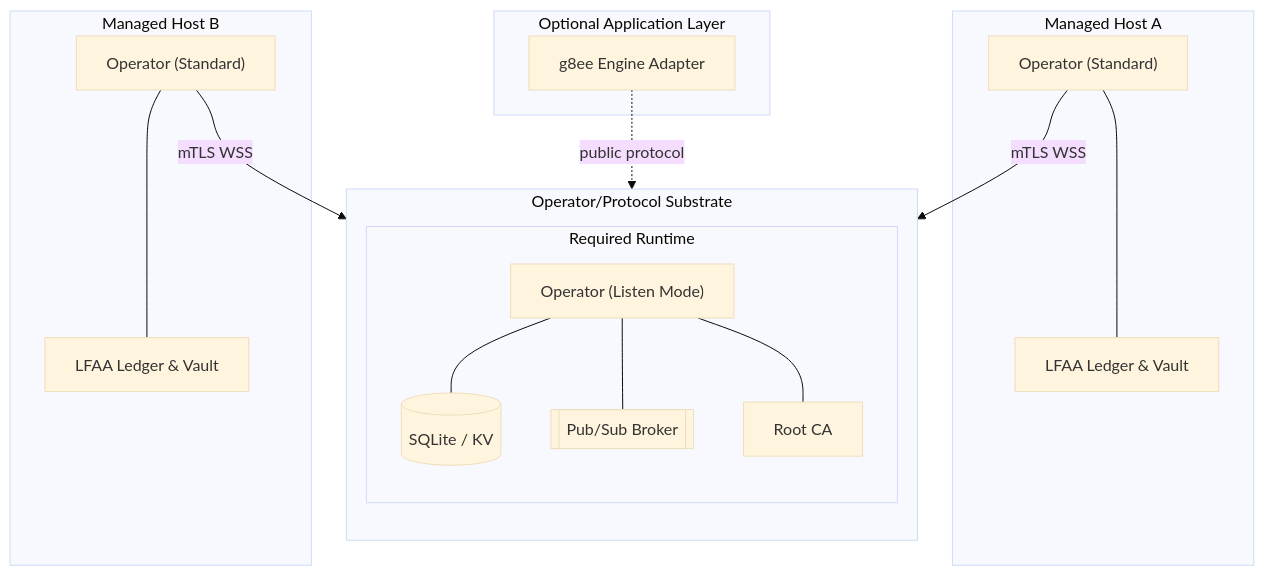
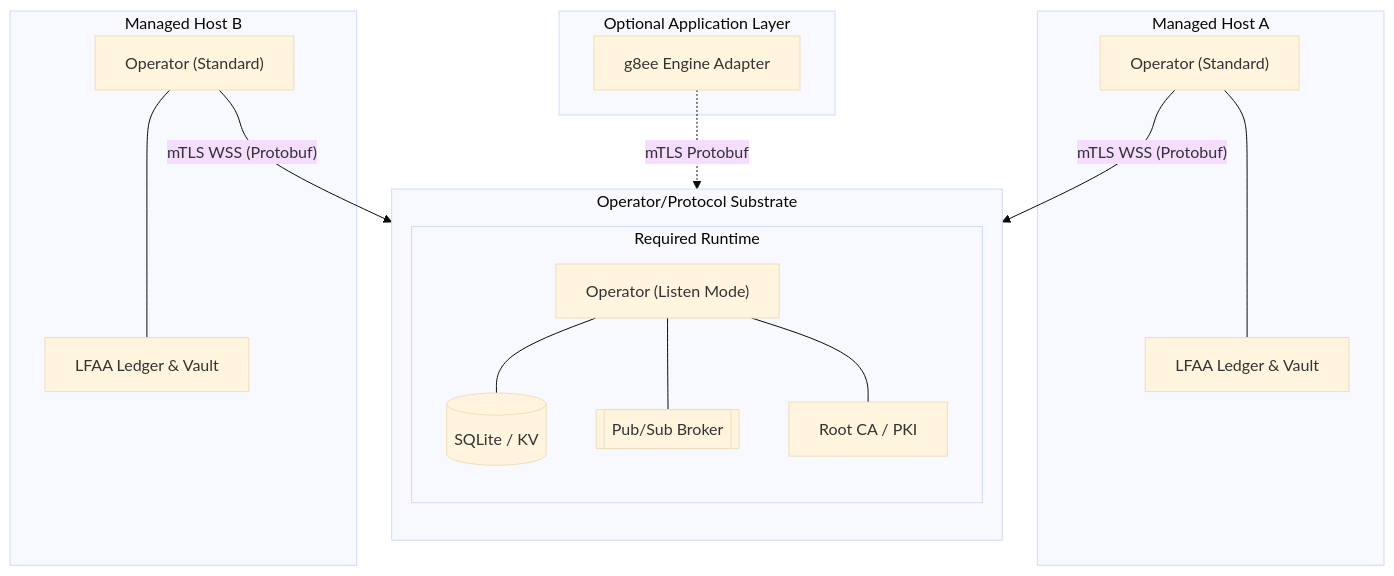
Before and after one commit to g8e-ai/g8e: the diagram in docs/architecture/operator.md, drawn with Mermaid (base theme). The commit also changed other lines of this file and 36 other files, not shown here.

````diff
--- a/docs/architecture/operator.md
+++ b/docs/architecture/operator.md
@@ -28,33 +29,33 @@
 ```mermaid
 flowchart TD
     subgraph Hub ["Operator/Protocol Substrate"]
         direction TB
         subgraph Persistence ["Required Runtime"]
             listen["Operator (Listen Mode)"]
             db[("SQLite / KV")]
             ps[["Pub/Sub Broker"]]
-            ca["Root CA"]
+            ca["Root CA / PKI"]
             
             listen --- db
             listen --- ps
             listen --- ca
         end
     end
 
     subgraph Apps ["Optional Application Layer"]
         g8ee["g8ee Engine Adapter"]
     end
 
-    g8ee -. "public protocol" .-> listen
+    g8ee -. "mTLS Protobuf" .-> listen
 
     subgraph EP_A ["Managed Host A"]
         OPA["Operator (Standard)"] --- LFAA_A["LFAA Ledger & Vault"]
     end
 
     subgraph EP_B ["Managed Host B"]
         OPB["Operator (Standard)"] --- LFAA_B["LFAA Ledger & Vault"]
     end
 
-    OPA -- "mTLS WSS" --> listen
-    OPB -- "mTLS WSS" --> listen
+    OPA -- "mTLS WSS (Protobuf)" --> listen
+    OPB -- "mTLS WSS (Protobuf)" --> listen
 ```
````
